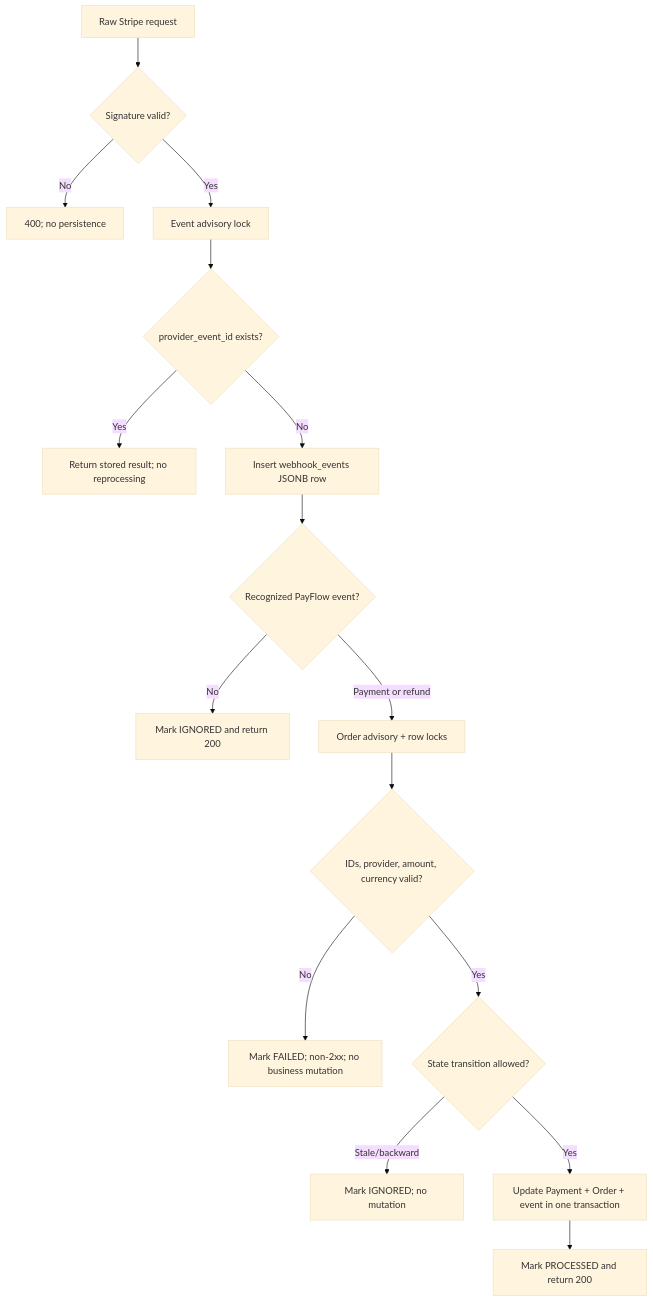
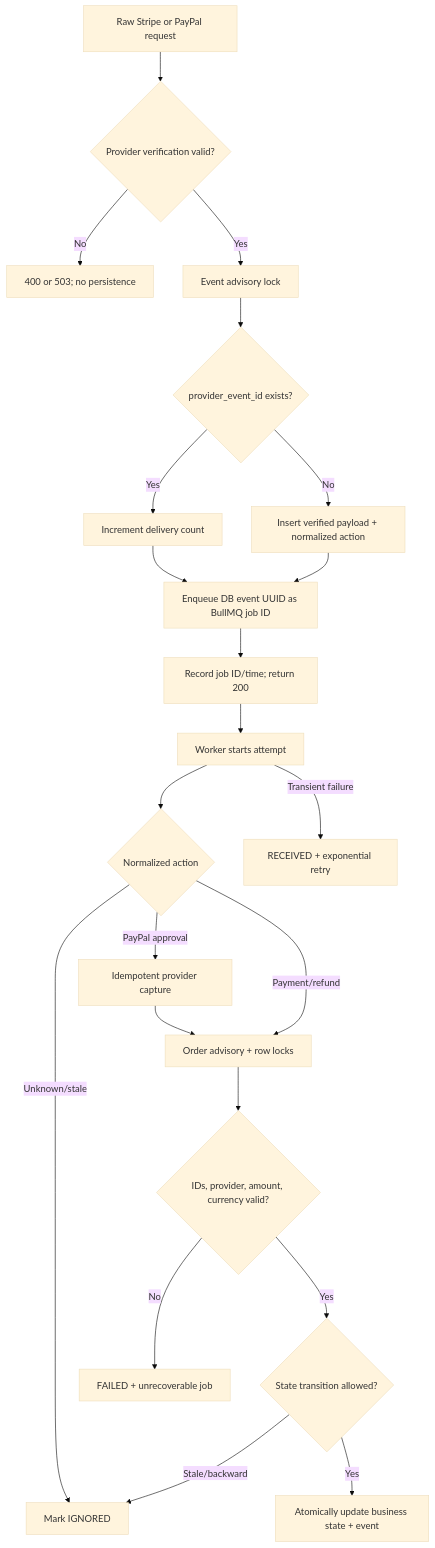
The diagram in docs/webhook-design.md (tianhao8687/payflow), drawn with Mermaid (base theme) before and after one commit. The commit also changed other lines of this file and 106 other files, not shown here.

Commit message:
feat: implement stage 8 PayPal queue worker

````diff
--- a/docs/webhook-design.md
+++ b/docs/webhook-design.md
@@ -17,18 +20,24 @@
 ```mermaid
 flowchart TD
-  Request[Raw Stripe request] --> Verify{Signature valid?}
-  Verify -->|No| Reject[400; no persistence]
+  Request[Raw Stripe or PayPal request] --> Verify{Provider verification valid?}
+  Verify -->|No| Reject[400 or 503; no persistence]
   Verify -->|Yes| EventLock[Event advisory lock]
   EventLock --> Existing{provider_event_id exists?}
-  Existing -->|Yes| Duplicate[Return stored result; no reprocessing]
-  Existing -->|No| Persist[Insert webhook_events JSONB row]
-  Persist --> Map{Recognized PayFlow event?}
-  Map -->|No| Ignore[Mark IGNORED and return 200]
-  Map -->|Payment or refund| OrderLock[Order advisory + row locks]
-  OrderLock --> Validate{IDs, provider, amount, currency valid?}
-  Validate -->|No| Failed[Mark FAILED; non-2xx; no business mutation]
+  Existing -->|Yes| Delivery[Increment delivery count]
+  Existing -->|No| Persist[Insert verified payload + normalized action]
+  Persist --> Enqueue[Enqueue DB event UUID as BullMQ job ID]
+  Delivery --> Enqueue
+  Enqueue --> Accepted[Record job ID/time; return 200]
+  Accepted --> Worker[Worker starts attempt]
+  Worker --> Action{Normalized action}
+  Action -->|Unknown/stale| Ignore[Mark IGNORED]
+  Action -->|PayPal approval| Capture[Idempotent provider capture]
+  Action -->|Payment/refund| Lock[Order advisory + row locks]
+  Capture --> Lock
+  Lock --> Validate{IDs, provider, amount, currency valid?}
+  Validate -->|No| Permanent[FAILED + unrecoverable job]
   Validate -->|Yes| Transition{State transition allowed?}
-  Transition -->|Stale/backward| Stale[Mark IGNORED; no mutation]
-  Transition -->|Yes| Atomic[Update Payment + Order + event in one transaction]
-  Atomic --> Success[Mark PROCESSED and return 200]
+  Transition -->|Stale/backward| Ignore
+  Transition -->|Yes| Atomic[Atomically update business state + event]
+  Worker -->|Transient failure| Retry[RECEIVED + exponential retry]
 ```
````
